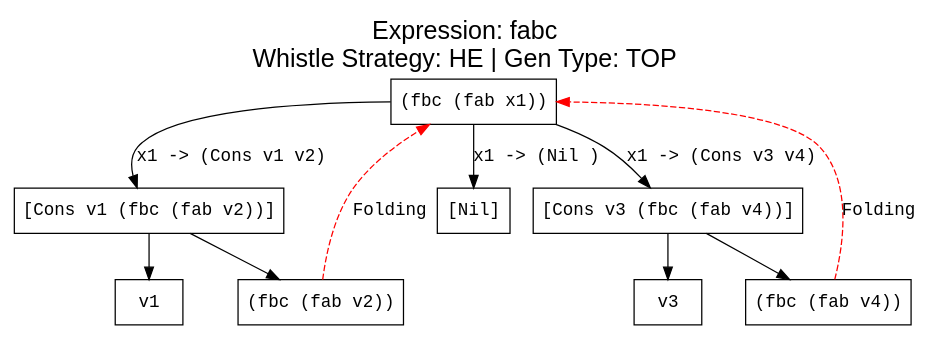
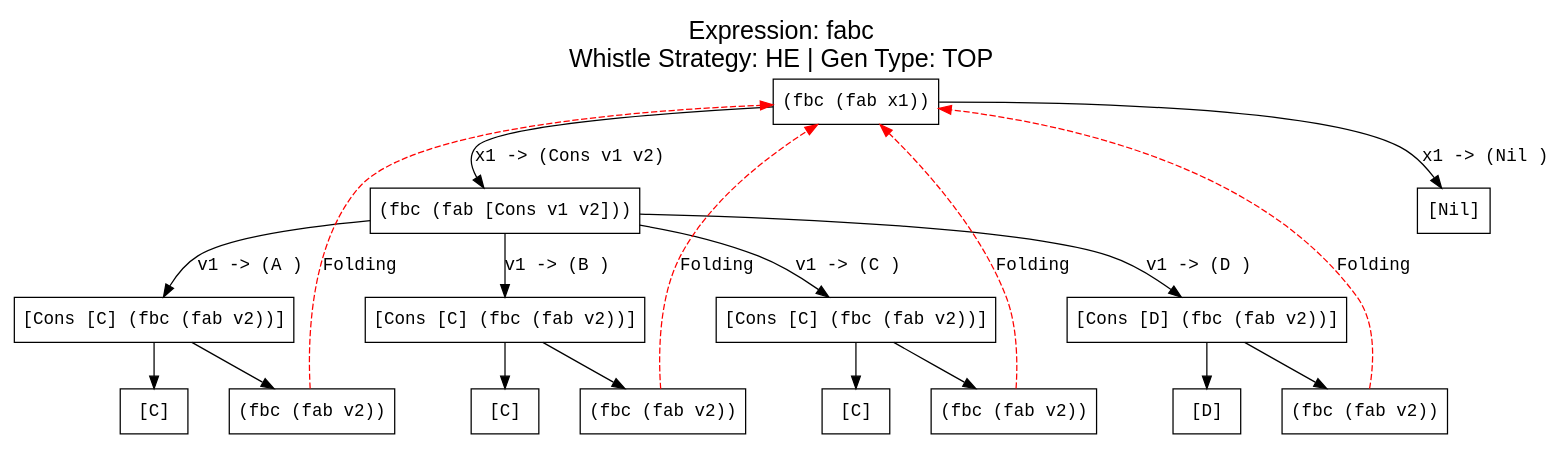
The diagram in output/test4/he_fabc.dot (makezh/coursework_supercompiler), drawn with Graphviz before and after one commit. The commit also changed 5 other files, not shown here.

```diff
--- a/output/test4/he_fabc.dot
+++ b/output/test4/he_fabc.dot
@@ -1,26 +1,42 @@
 digraph ProcessTree {
   label="Expression: fabc\nWhistle Strategy: HE | Gen Type: TOP";
   labelloc="t";
   fontsize=20;
   fontname="Arial";
 
     node [fontname="Courier New"];
     edge [fontname="Courier New"];
     n0 [label="(fbc (fab x1))", shape=box];
     n0 -> n1 [label="x1 -> (Cons v1 v2)"];
-    n0 -> n2 [label="x1 -> (Cons v3 v4)"];
-    n0 -> n3 [label="x1 -> (Nil )"];
-    n1 [label="[Cons v1 (fbc (fab v2))]", shape=box];
-    n1 -> n4 [label=""];
-    n1 -> n5 [label=""];
-    n2 [label="[Cons v3 (fbc (fab v4))]", shape=box];
-    n2 -> n6 [label=""];
-    n2 -> n7 [label=""];
-    n3 [label="[Nil]", shape=box];
-    n4 [label="v1", shape=box];
-    n5 [label="(fbc (fab v2))", shape=box];
-    n5 -> n0 [style=dashed, color=red, label="Folding"];
-    n6 [label="v3", shape=box];
-    n7 [label="(fbc (fab v4))", shape=box];
-    n7 -> n0 [style=dashed, color=red, label="Folding"];
+    n0 -> n2 [label="x1 -> (Nil )"];
+    n1 [label="(fbc (fab [Cons v1 v2]))", shape=box];
+    n1 -> n3 [label="v1 -> (A )"];
+    n1 -> n4 [label="v1 -> (B )"];
+    n1 -> n5 [label="v1 -> (C )"];
+    n1 -> n6 [label="v1 -> (D )"];
+    n2 [label="[Nil]", shape=box];
+    n3 [label="[Cons [C] (fbc (fab v2))]", shape=box];
+    n3 -> n7 [label=""];
+    n3 -> n8 [label=""];
+    n4 [label="[Cons [C] (fbc (fab v2))]", shape=box];
+    n4 -> n9 [label=""];
+    n4 -> n10 [label=""];
+    n5 [label="[Cons [C] (fbc (fab v2))]", shape=box];
+    n5 -> n11 [label=""];
+    n5 -> n12 [label=""];
+    n6 [label="[Cons [D] (fbc (fab v2))]", shape=box];
+    n6 -> n13 [label=""];
+    n6 -> n14 [label=""];
+    n7 [label="[C]", shape=box];
+    n8 [label="(fbc (fab v2))", shape=box];
+    n8 -> n0 [style=dashed, color=red, label="Folding"];
+    n9 [label="[C]", shape=box];
+    n10 [label="(fbc (fab v2))", shape=box];
+    n10 -> n0 [style=dashed, color=red, label="Folding"];
+    n11 [label="[C]", shape=box];
+    n12 [label="(fbc (fab v2))", shape=box];
+    n12 -> n0 [style=dashed, color=red, label="Folding"];
+    n13 [label="[D]", shape=box];
+    n14 [label="(fbc (fab v2))", shape=box];
+    n14 -> n0 [style=dashed, color=red, label="Folding"];
 }
```
